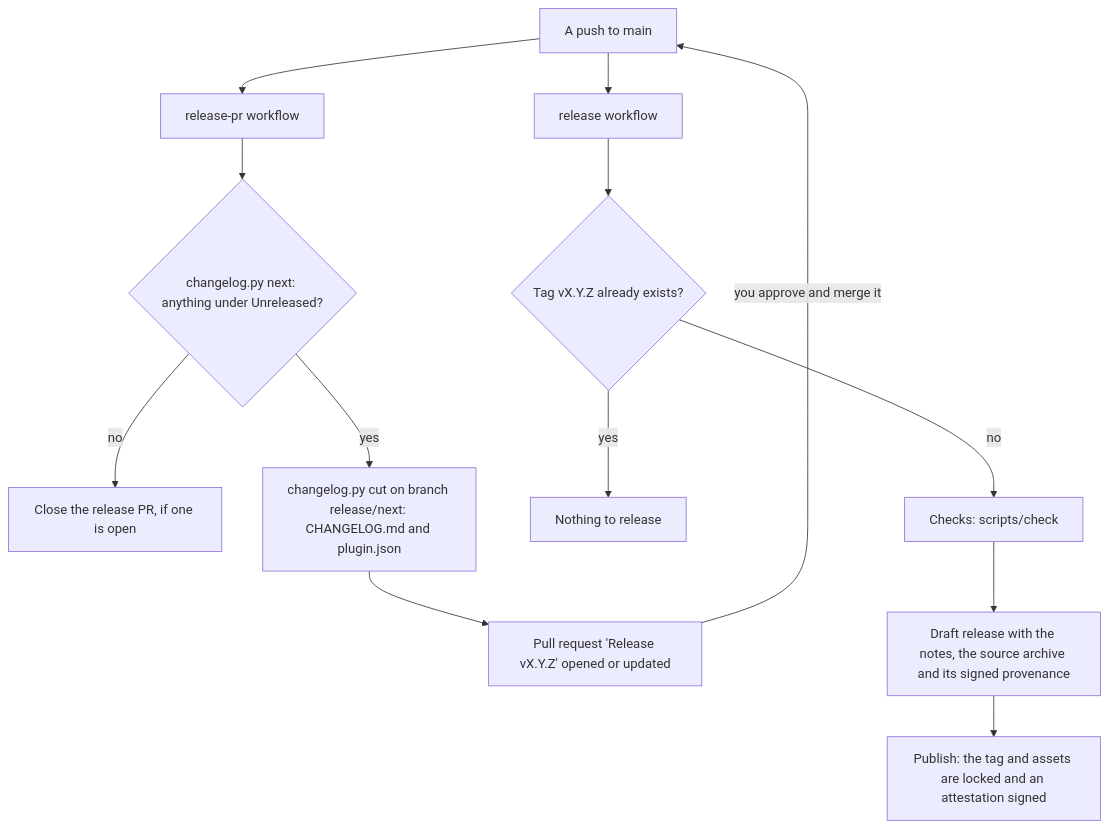
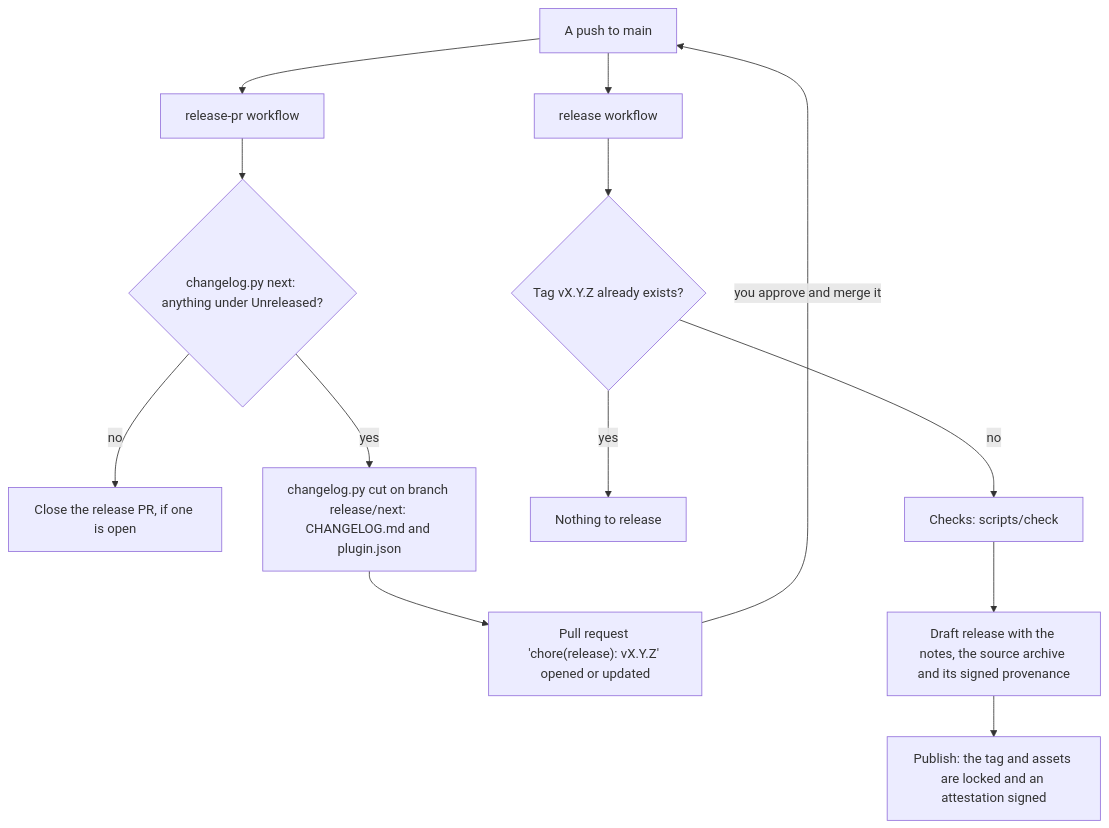
The diagram in docs/operations/releasing.md (bugrauluyurt/homelab-media-stack), drawn with Mermaid before and after one commit. The commit also changed other lines of this file and 6 other files, not shown here.

````diff
--- a/docs/operations/releasing.md
+++ b/docs/operations/releasing.md
@@ -47,15 +47,15 @@
 ```mermaid
 flowchart TD
     push["A push to main"] --> rpr["release-pr workflow"]
     rpr --> nxt{"changelog.py next: anything under Unreleased?"}
     nxt -->|no| close["Close the release PR, if one is open"]
     nxt -->|yes| cut["changelog.py cut on branch release/next: CHANGELOG.md and plugin.json"]
-    cut --> pr["Pull request 'Release vX.Y.Z' opened or updated"]
+    cut --> pr["Pull request 'chore(release): vX.Y.Z' opened or updated"]
     pr -->|"you approve and merge it"| push
     push --> rel["release workflow"]
     rel --> tag{"Tag vX.Y.Z already exists?"}
     tag -->|yes| skip["Nothing to release"]
     tag -->|no| checks["Checks: scripts/check"]
     checks --> draft["Draft release with the notes, the source archive and its signed provenance"]
     draft --> publish["Publish: the tag and assets are locked and an attestation signed"]
 ```
````
